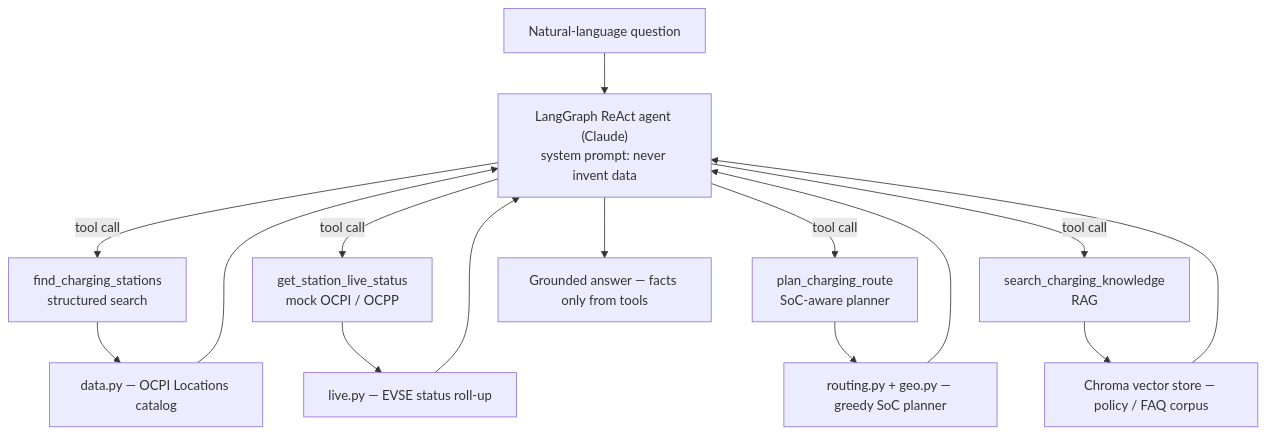
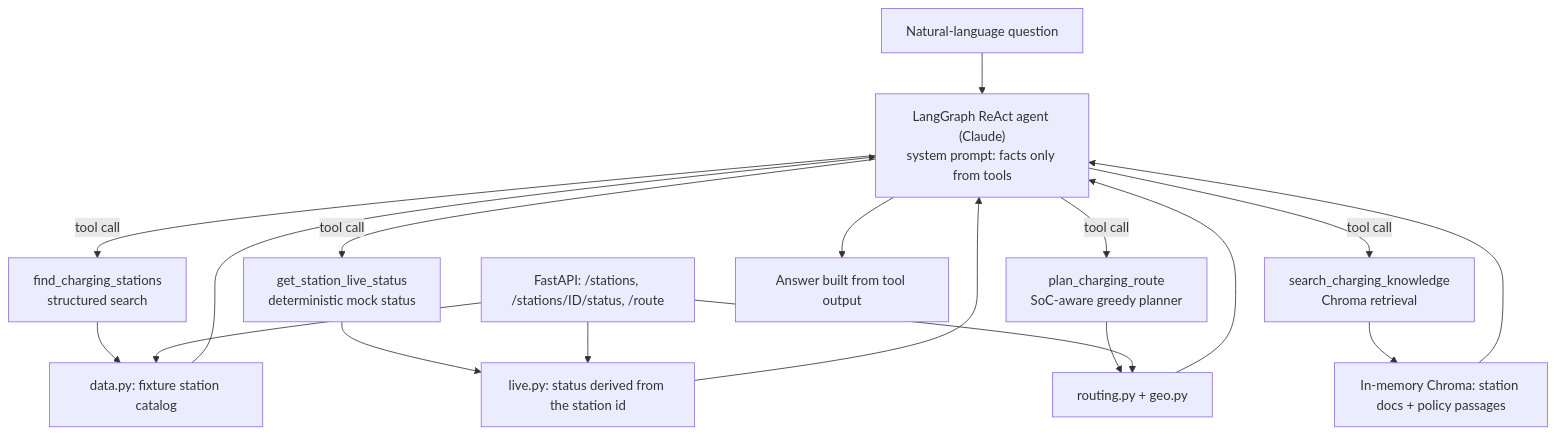
One commit to soneeee22000/electra-charging-copilot changed the diagram in README.md. Above: the diagram before and after it, drawn with Mermaid. The commit also changed other lines of this file and 2 other files, not shown here.

Commit message:
docs: README to portfolio standard with results, limitations and fixture-data notice

````diff
--- a/README.md
+++ b/README.md
@@ -47,17 +35,20 @@
 ```mermaid
 flowchart TD
-    U["Natural-language question"] --> A["LangGraph ReAct agent (Claude)<br/>system prompt: never invent data"]
+    U["Natural-language question"] --> A["LangGraph ReAct agent (Claude)<br/>system prompt: facts only from tools"]
     A -->|tool call| T1["find_charging_stations<br/>structured search"]
-    A -->|tool call| T2["get_station_live_status<br/>mock OCPI / OCPP"]
-    A -->|tool call| T3["plan_charging_route<br/>SoC-aware planner"]
-    A -->|tool call| T4["search_charging_knowledge<br/>RAG"]
-    T1 --> D["data.py — OCPI Locations catalog"]
-    T2 --> L["live.py — EVSE status roll-up"]
-    T3 --> R["routing.py + geo.py — greedy SoC planner"]
-    T4 --> C["Chroma vector store — policy / FAQ corpus"]
+    A -->|tool call| T2["get_station_live_status<br/>deterministic mock status"]
+    A -->|tool call| T3["plan_charging_route<br/>SoC-aware greedy planner"]
+    A -->|tool call| T4["search_charging_knowledge<br/>Chroma retrieval"]
+    T1 --> D["data.py: fixture station catalog"]
+    T2 --> L["live.py: status derived from the station id"]
+    T3 --> R["routing.py + geo.py"]
+    T4 --> C["In-memory Chroma: station docs + policy passages"]
     D --> A
     L --> A
     R --> A
     C --> A
-    A --> G["Grounded answer — facts only from tools"]
+    A --> G["Answer built from tool output"]
+    API["FastAPI: /stations, /stations/ID/status, /route"] --> D
+    API --> L
+    API --> R
 ```
````
